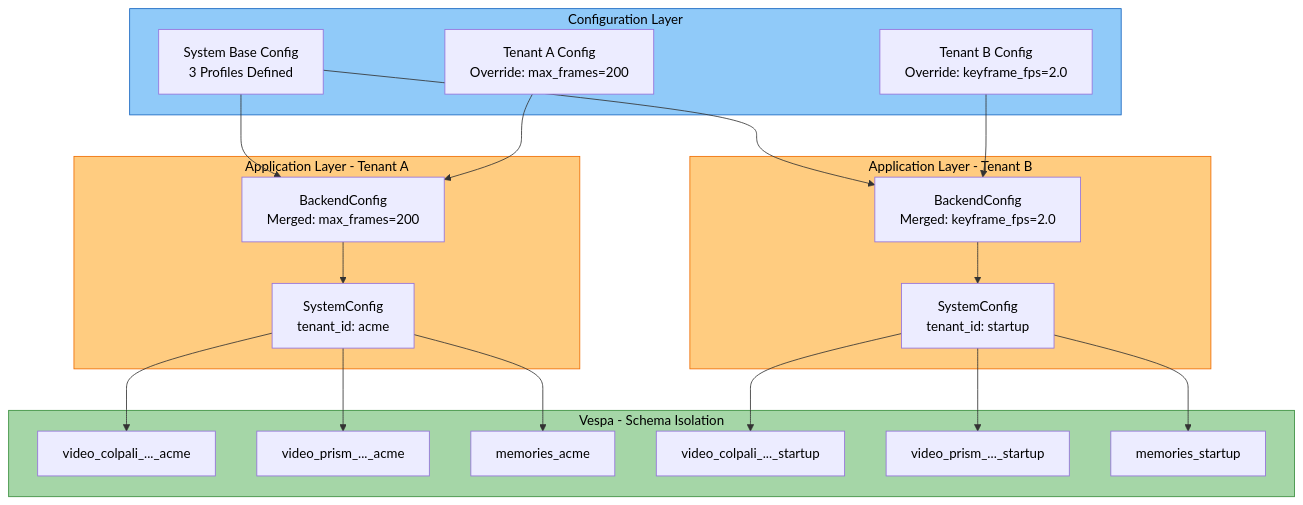
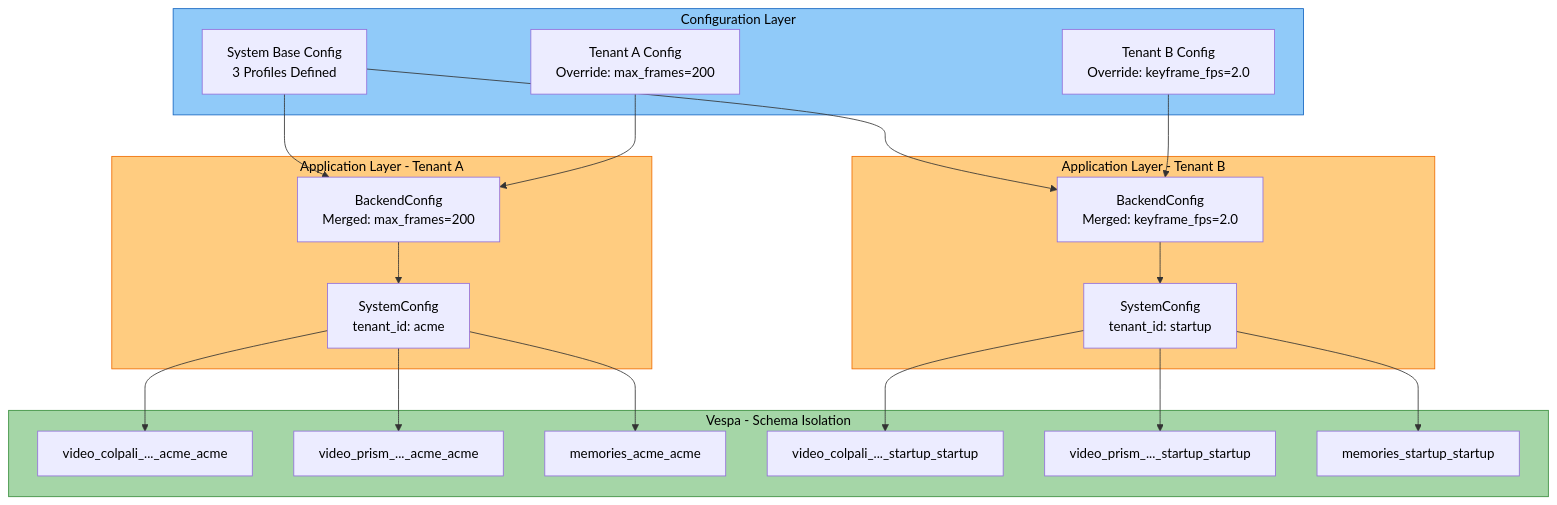
The fifth of 7 diagrams in docs/architecture/multi-tenant.md (amit-jain/cogniverse), drawn with Mermaid before and after one commit. The commit also changed other lines of this file and 50 other files, not shown here.

First line of the commit message:
Complete and verify docs against code with mermaid palette

````diff
--- a/docs/architecture/multi-tenant.md
+++ b/docs/architecture/multi-tenant.md
@@ -913,49 +998,49 @@
 ```mermaid
 flowchart TB
     subgraph Config[<span style='color:#000'>Configuration Layer</span>]
         SystemConfig[<span style='color:#000'>System Base Config<br/>3 Profiles Defined</span>]
         TenantAConfig[<span style='color:#000'>Tenant A Config<br/>Override: max_frames=200</span>]
         TenantBConfig[<span style='color:#000'>Tenant B Config<br/>Override: keyframe_fps=2.0</span>]
     end
 
     subgraph Application[<span style='color:#000'>Application Layer - Tenant A</span>]
         AppA[<span style='color:#000'>SystemConfig<br/>tenant_id: acme</span>]
         BackendA[<span style='color:#000'>BackendConfig<br/>Merged: max_frames=200</span>]
     end
 
     subgraph Application2[<span style='color:#000'>Application Layer - Tenant B</span>]
         AppB[<span style='color:#000'>SystemConfig<br/>tenant_id: startup</span>]
         BackendB[<span style='color:#000'>BackendConfig<br/>Merged: keyframe_fps=2.0</span>]
     end
 
     subgraph VespaSchemas[<span style='color:#000'>Vespa - Schema Isolation</span>]
-        SchemaA1[<span style='color:#000'>video_colpali_..._acme</span>]
-        SchemaA2[<span style='color:#000'>video_prism_..._acme</span>]
-        SchemaA3[<span style='color:#000'>memories_acme</span>]
+        SchemaA1[<span style='color:#000'>video_colpali_..._acme_acme</span>]
+        SchemaA2[<span style='color:#000'>video_prism_..._acme_acme</span>]
+        SchemaA3[<span style='color:#000'>memories_acme_acme</span>]
 
-        SchemaB1[<span style='color:#000'>video_colpali_..._startup</span>]
-        SchemaB2[<span style='color:#000'>video_prism_..._startup</span>]
-        SchemaB3[<span style='color:#000'>memories_startup</span>]
+        SchemaB1[<span style='color:#000'>video_colpali_..._startup_startup</span>]
+        SchemaB2[<span style='color:#000'>video_prism_..._startup_startup</span>]
+        SchemaB3[<span style='color:#000'>memories_startup_startup</span>]
     end
 
     SystemConfig --> BackendA
     TenantAConfig --> BackendA
     BackendA --> AppA
 
     SystemConfig --> BackendB
     TenantBConfig --> BackendB
     BackendB --> AppB
 
     AppA --> SchemaA1
     AppA --> SchemaA2
     AppA --> SchemaA3
 
     AppB --> SchemaB1
     AppB --> SchemaB2
     AppB --> SchemaB3
 
     style Config fill:#90caf9,stroke:#1565c0,color:#000
     style Application fill:#ffcc80,stroke:#ef6c00,color:#000
     style Application2 fill:#ffcc80,stroke:#ef6c00,color:#000
     style VespaSchemas fill:#a5d6a7,stroke:#388e3c,color:#000
 ```
````
